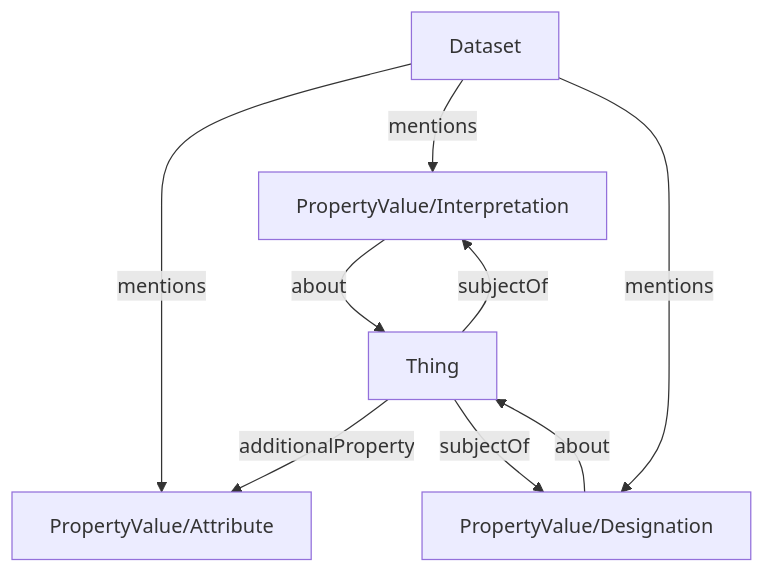
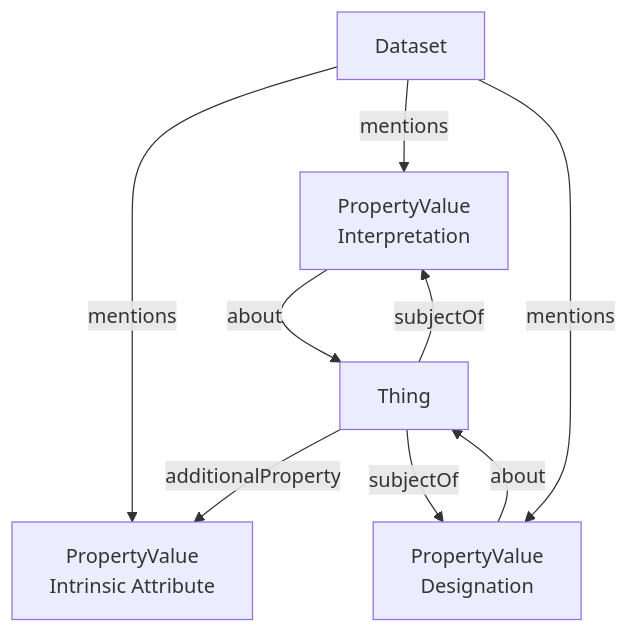
One commit to nfdi4plants/arc-ro-crate-profile changed the diagram in docs/profiles/0.1/semantic_designation/index.md. Above: the diagram before and after it, drawn with Mermaid. The commit also changed other lines of this file, not shown here.

Commit message:
some work on semantic designation profile

````diff
--- a/docs/profiles/0.1/semantic_designation/index.md
+++ b/docs/profiles/0.1/semantic_designation/index.md
@@ -51,23 +63,23 @@
 ```mermaid
 flowchart TD
 
 dataset[Dataset]
 
 thing[Thing]
 
-propAttr[PropertyValue/Attribute]
-propInt[PropertyValue/Interpretation]
-propDes[PropertyValue/Designation]
+attr[PropertyValue<br/>Intrinsic Attribute]
+interp[PropertyValue<br/>Interpretation]
+desig[PropertyValue<br/>Designation]
 
-thing --additionalProperty--> propAttr
+thing -- additionalProperty --> attr
 
-thing --subjectOf--> propInt
-thing --subjectOf--> propDes
-propInt --about--> thing
-propDes --about--> thing
+thing -- subjectOf --> interp
+thing -- subjectOf --> desig
 
-dataset --mentions--> propAttr
-dataset --mentions--> propInt
-dataset --mentions--> propDes
+interp -- about --> thing
+desig -- about --> thing
 
+dataset -- mentions --> attr
+dataset -- mentions --> interp
+dataset -- mentions --> desig
 ```
````
